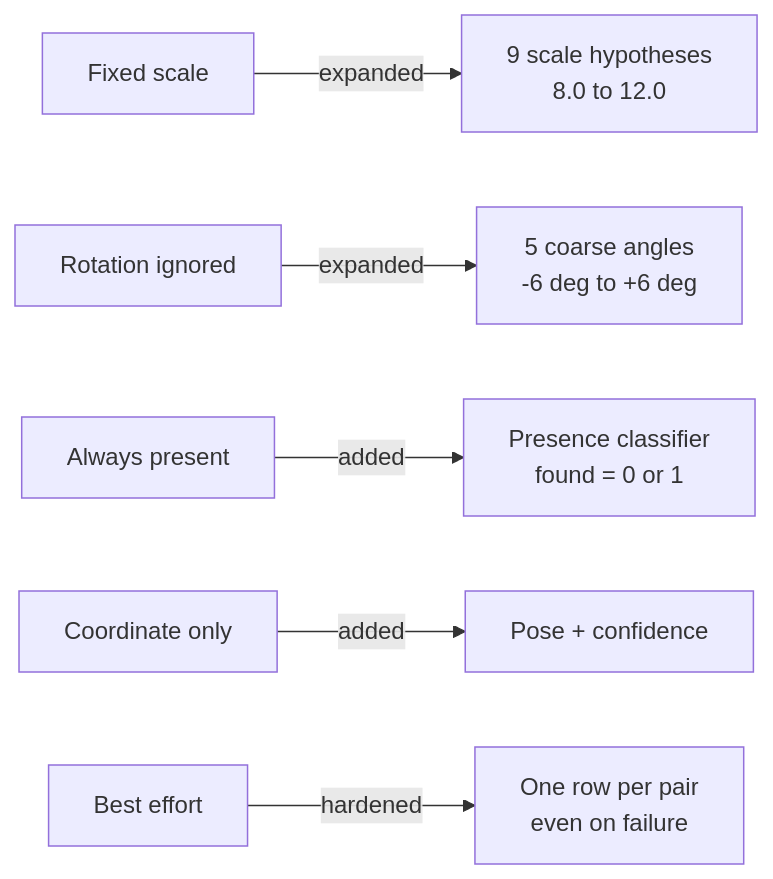
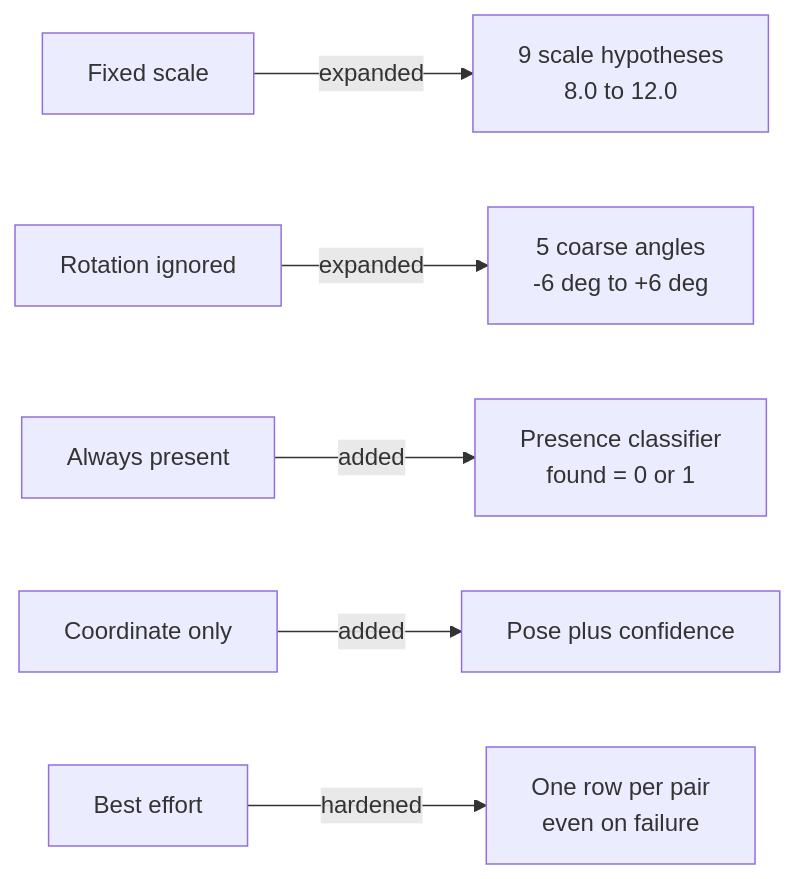
Before and after one commit to RHUDHRESH/LatticeRank-SEMICON-2026: the third of 12 diagrams in docs/V1_VS_V2.md, drawn with Mermaid. The commit also changed other lines of this file and 35 other files, not shown here.

````diff
--- a/docs/V1_VS_V2.md
+++ b/docs/V1_VS_V2.md
@@ -99,8 +117,8 @@
 ```mermaid
 flowchart LR
     A["Fixed scale"] -- "expanded" --> B["9 scale hypotheses<br/>8.0 to 12.0"]
     C["Rotation ignored"] -- "expanded" --> D["5 coarse angles<br/>-6 deg to +6 deg"]
     E["Always present"] -- "added" --> F["Presence classifier<br/>found = 0 or 1"]
-    G["Coordinate only"] -- "added" --> H["Pose + confidence"]
+    G["Coordinate only"] -- "added" --> H["Pose plus confidence"]
     I["Best effort"] -- "hardened" --> J["One row per pair<br/>even on failure"]
 ```
````
